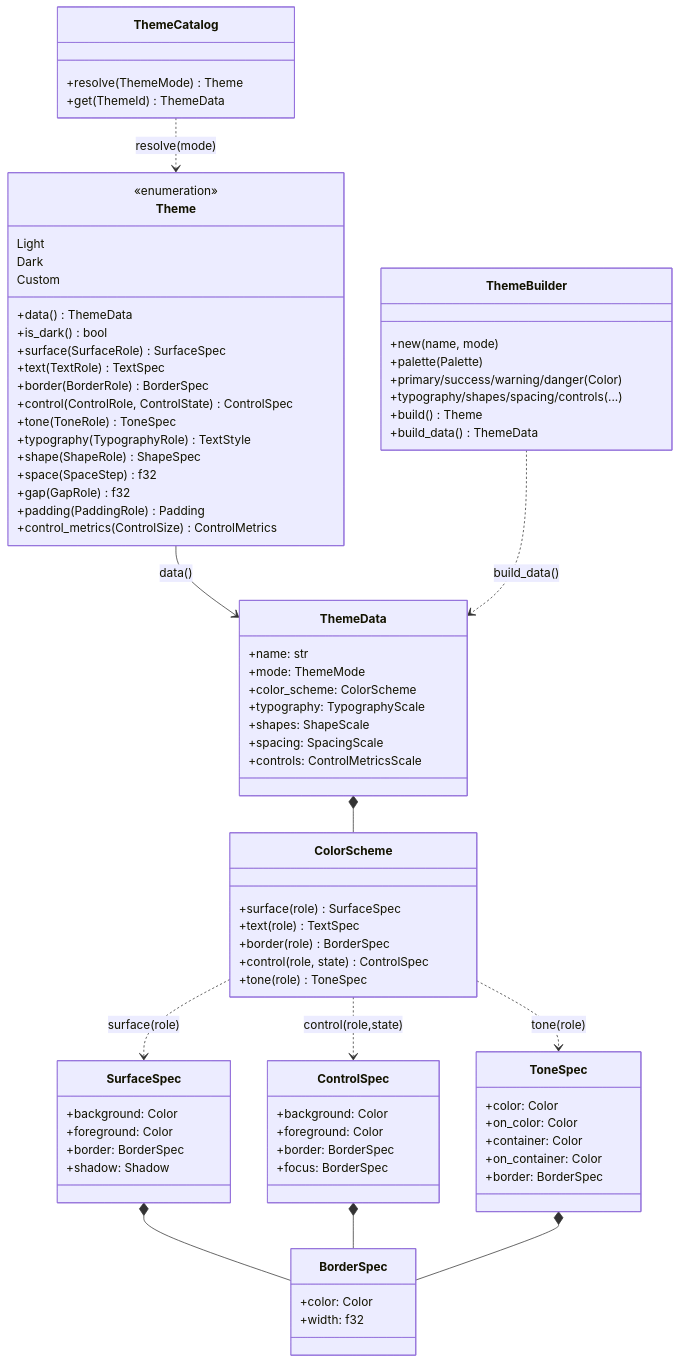
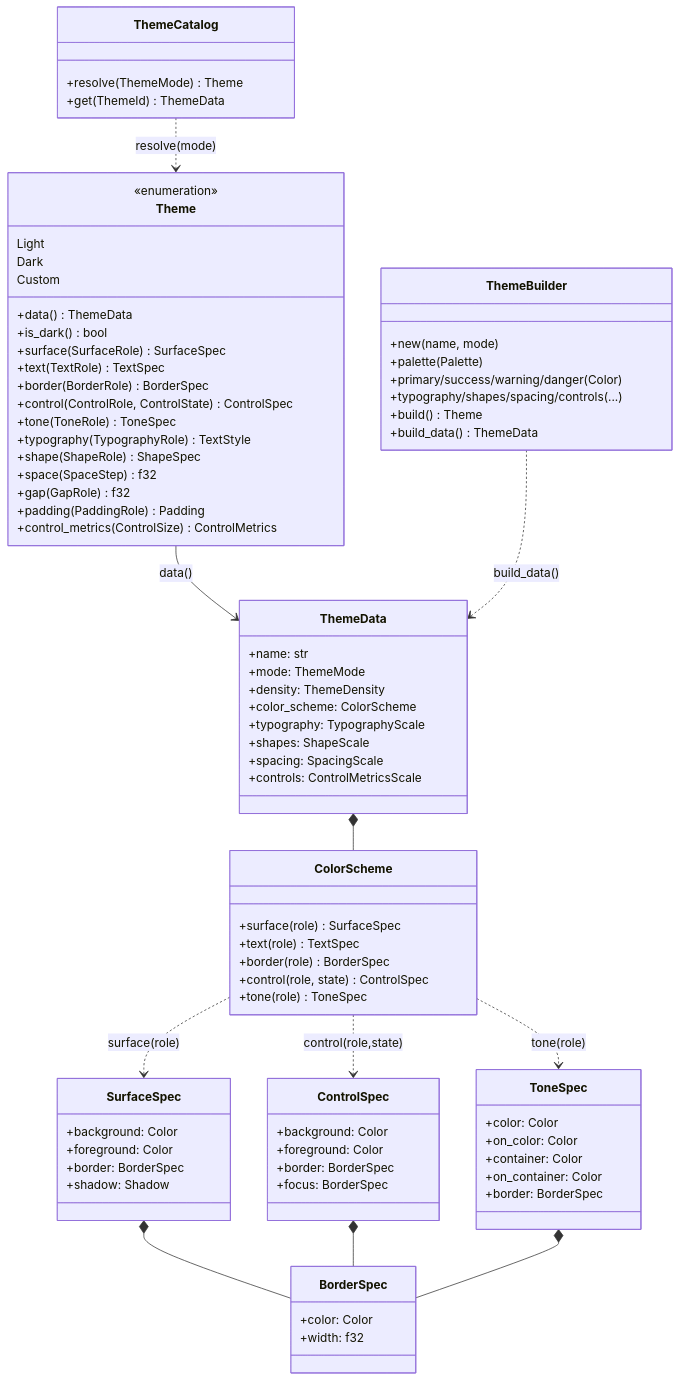
Before and after one commit to JirlanSouza/nive: the first of 3 diagrams in docs/architecture/design-system.md, drawn with Mermaid. The commit also changed other lines of this file and 2 other files, not shown here.

Commit message:
docs: add ThemeDensity to design system and component docs

```diff
--- a/docs/architecture/design-system.md
+++ b/docs/architecture/design-system.md
@@ -35,6 +35,7 @@
     class ThemeData {
         +name: str
         +mode: ThemeMode
+        +density: ThemeDensity
         +color_scheme: ColorScheme
         +typography: TypographyScale
         +shapes: ShapeScale
```
